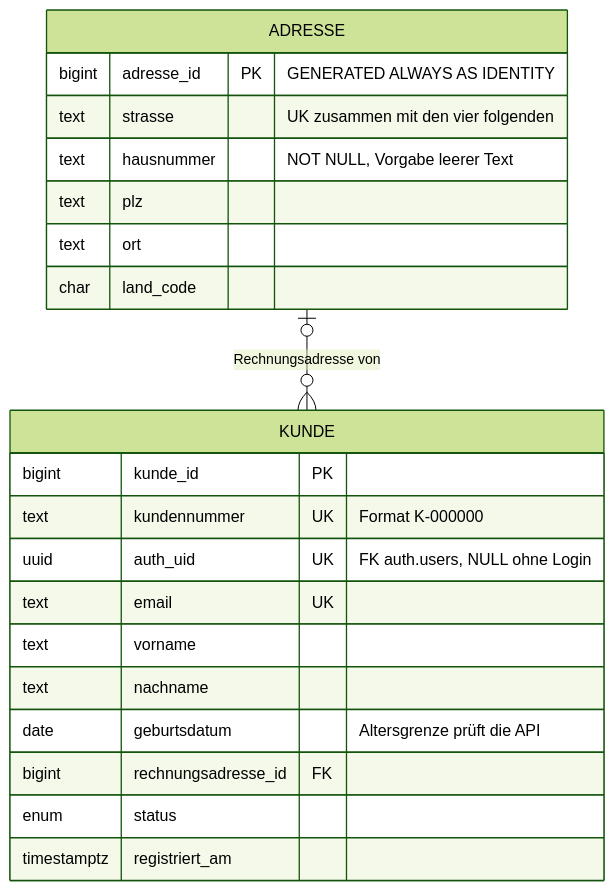
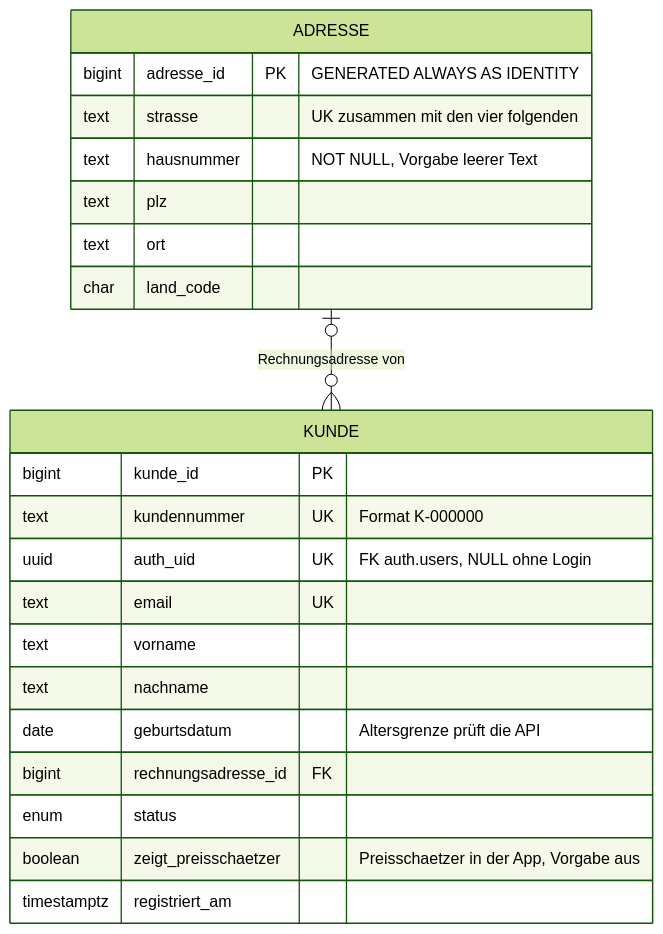
The diagram in doku/datenmodell/erd/rel-a-geschaeftspartner.mmd (swrobuts/velocity-fallstudie), drawn with Mermaid (forest theme) before and after one commit. The commit also changed 6 other files, not shown here.

First line of the commit message:
fix(erd): drei Diagramme kannten die Preisschaetzung nicht

```diff
--- a/doku/datenmodell/erd/rel-a-geschaeftspartner.mmd
+++ b/doku/datenmodell/erd/rel-a-geschaeftspartner.mmd
@@ -1,23 +1,24 @@
 erDiagram
     ADRESSE |o--o{ KUNDE : "Rechnungsadresse von"
 
     ADRESSE {
         bigint  adresse_id  PK "GENERATED ALWAYS AS IDENTITY"
         text    strasse     "UK zusammen mit den vier folgenden"
         text    hausnummer  "NOT NULL, Vorgabe leerer Text"
         text    plz
         text    ort
         char    land_code
     }
     KUNDE {
         bigint  kunde_id            PK
         text    kundennummer        UK "Format K-000000"
         uuid    auth_uid            UK "FK auth.users, NULL ohne Login"
         text    email               UK
         text    vorname
         text    nachname
         date    geburtsdatum        "Altersgrenze prüft die API"
         bigint  rechnungsadresse_id FK
         enum    status
+        boolean zeigt_preisschaetzer "Preisschaetzer in der App, Vorgabe aus"
         timestamptz registriert_am
     }
```
